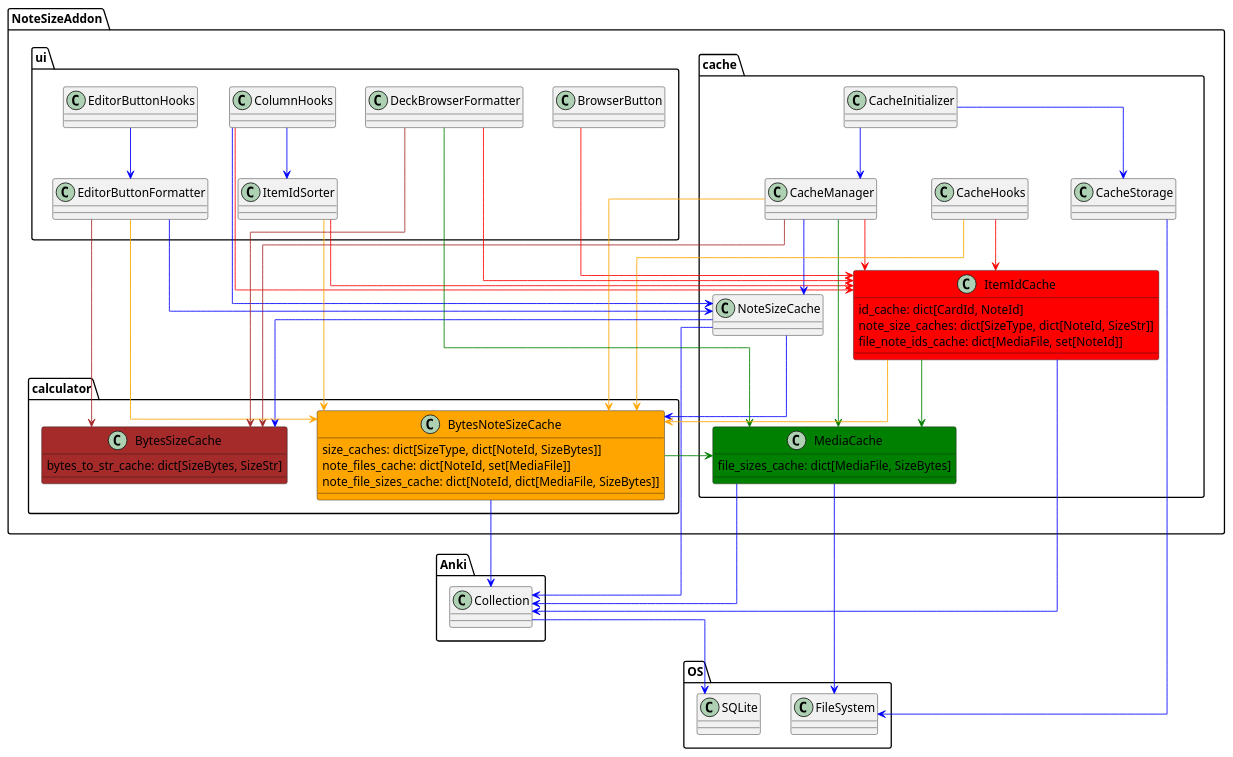
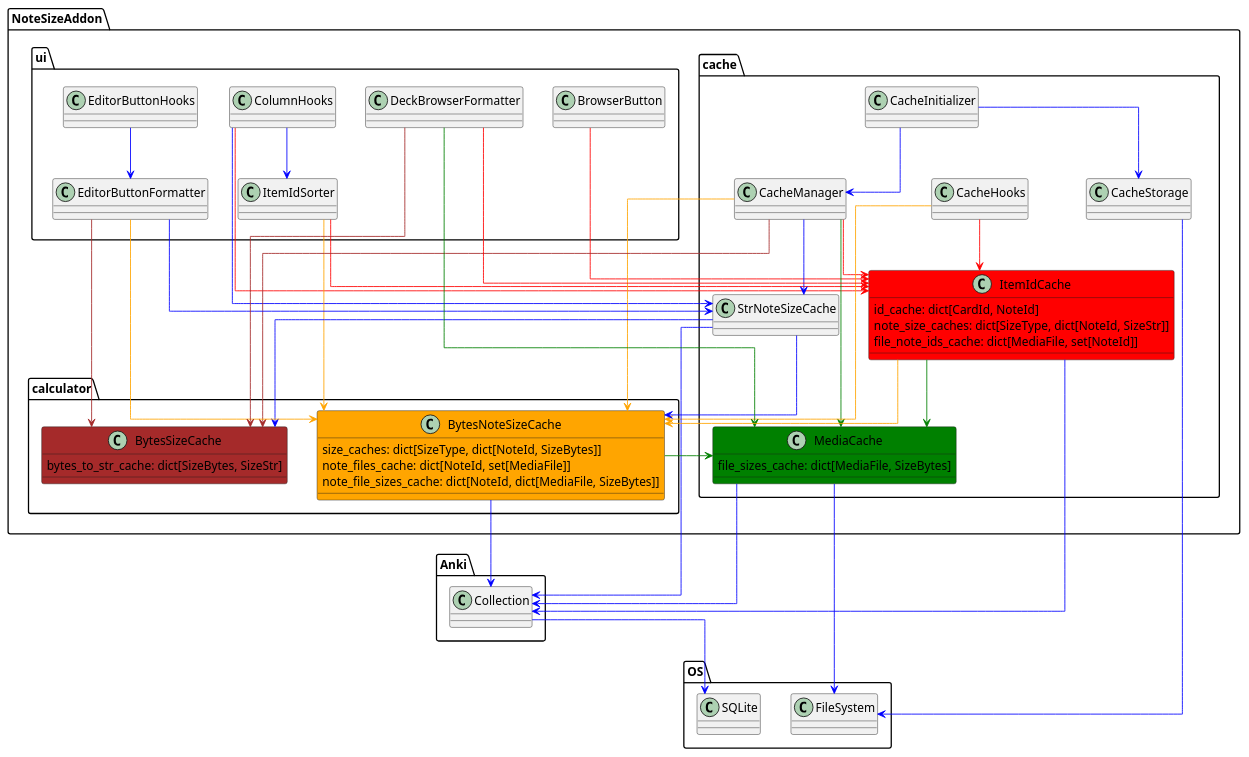
Before and after one commit to Aleks-Ya/note-size-anki-addon: the diagram in docs-template/uml/cache-class-diagram.puml, drawn with PlantUML. The commit also changed 14 other files, not shown here.

Commit message:
Rename NoteSizeCache to StrNoteSizeCache

```diff
--- a/docs-template/uml/cache-class-diagram.puml
+++ b/docs-template/uml/cache-class-diagram.puml
@@ -1,109 +1,109 @@
 @startuml
 skinparam linetype ortho
 skinparam class {
     ArrowColor blue
 }
 'https://plantuml.com/class-diagram
 
 package OS {
     class SQLite
     class FileSystem
 }
 
 package Anki {
     class Collection
 }
 
 package NoteSizeAddon {
 
     package calculator {
         class BytesNoteSizeCache #orange {
             size_caches: dict[SizeType, dict[NoteId, SizeBytes]]
             note_files_cache: dict[NoteId, set[MediaFile]]
             note_file_sizes_cache: dict[NoteId, dict[MediaFile, SizeBytes]]
         }
         class BytesSizeCache #brown {
             bytes_to_str_cache: dict[SizeBytes, SizeStr]
         }
     }
 
     package cache {
         class CacheManager
         class CacheHooks
         class ItemIdCache #red {
             id_cache: dict[CardId, NoteId]
             note_size_caches: dict[SizeType, dict[NoteId, SizeStr]]
             file_note_ids_cache: dict[MediaFile, set[NoteId]]
         }
         class MediaCache #green {
             file_sizes_cache: dict[MediaFile, SizeBytes]
         }
         class CacheInitializer
         class CacheStorage
-        class NoteSizeCache
+        class StrNoteSizeCache
     }
 
     package ui {
         together {
                 class EditorButtonHooks
             class EditorButtonFormatter
         }
         class BrowserButton
         class DeckBrowserFormatter
         together {
             class ColumnHooks
             class ItemIdSorter
         }
     }
 }
 
 BrowserButton --> ItemIdCache #red
 
 EditorButtonHooks --> EditorButtonFormatter
 
 ColumnHooks --> ItemIdCache #red
 ColumnHooks --> ItemIdSorter
-ColumnHooks --> NoteSizeCache
+ColumnHooks --> StrNoteSizeCache
 
 ItemIdSorter --> ItemIdCache #red
 ItemIdSorter --> BytesNoteSizeCache #orange
 
 CacheInitializer --> CacheManager
 CacheInitializer --> CacheStorage
 
 CacheManager --> MediaCache #green
 CacheManager --> ItemIdCache #red
 CacheManager --> BytesNoteSizeCache #orange
 CacheManager --> BytesSizeCache #brown
-CacheManager --> NoteSizeCache
+CacheManager --> StrNoteSizeCache
 
 CacheHooks --> ItemIdCache #red
 CacheHooks --> BytesNoteSizeCache #orange
 
-NoteSizeCache --> Collection
-NoteSizeCache --> BytesNoteSizeCache
-NoteSizeCache --> BytesSizeCache
+StrNoteSizeCache --> Collection
+StrNoteSizeCache --> BytesNoteSizeCache
+StrNoteSizeCache --> BytesSizeCache
 
 Collection --> SQLite
 
-EditorButtonFormatter --> NoteSizeCache
+EditorButtonFormatter --> StrNoteSizeCache
 EditorButtonFormatter --> BytesNoteSizeCache #orange
 EditorButtonFormatter --> BytesSizeCache #brown
 
 DeckBrowserFormatter --> ItemIdCache #red
 DeckBrowserFormatter --> MediaCache #green
 DeckBrowserFormatter --> BytesSizeCache #brown
 
 BytesNoteSizeCache --> Collection
 BytesNoteSizeCache --> MediaCache #green
 
 CacheStorage --> FileSystem
 
 ItemIdCache --> Collection
 ItemIdCache --> BytesNoteSizeCache #orange
 ItemIdCache --> MediaCache #green
 
 MediaCache --> Collection
 MediaCache --> FileSystem
 
 @enduml
```
